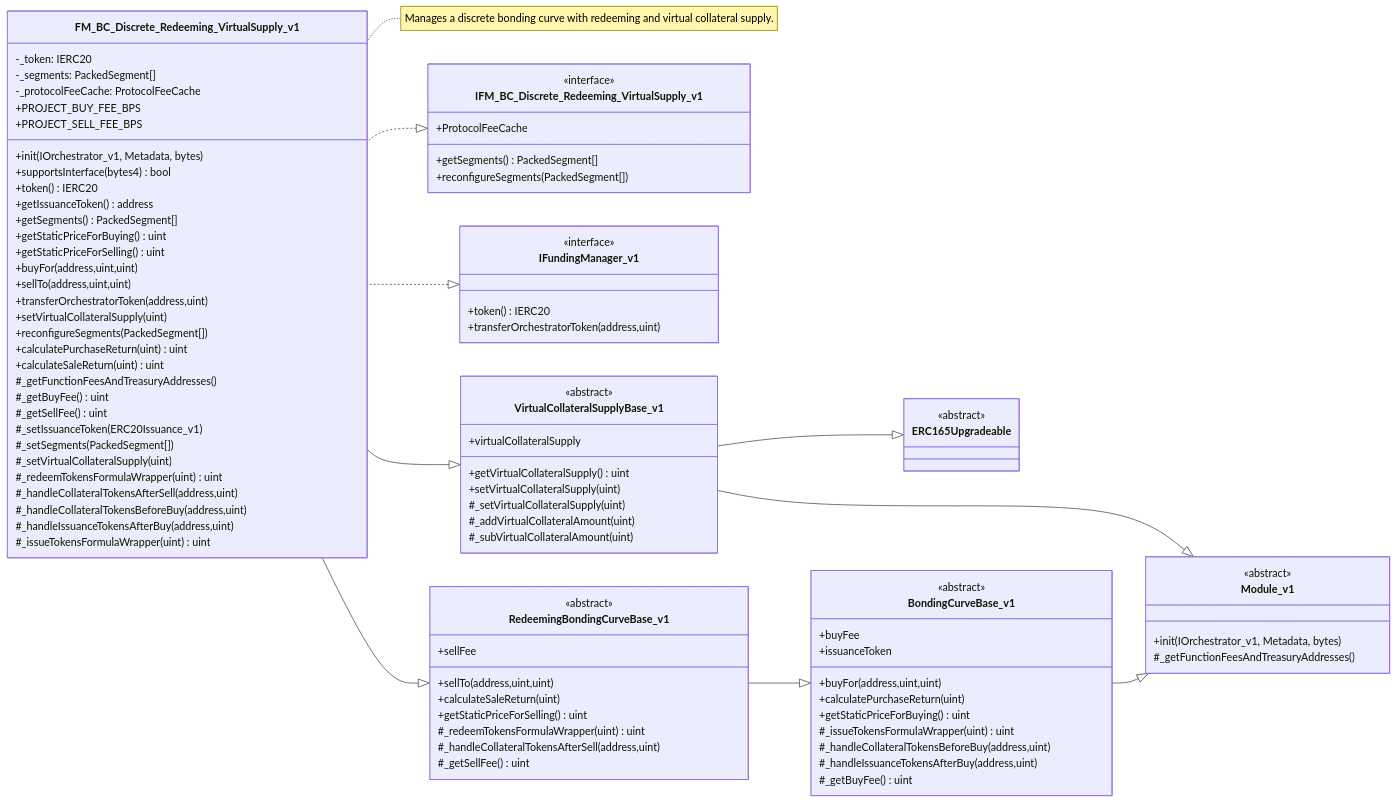
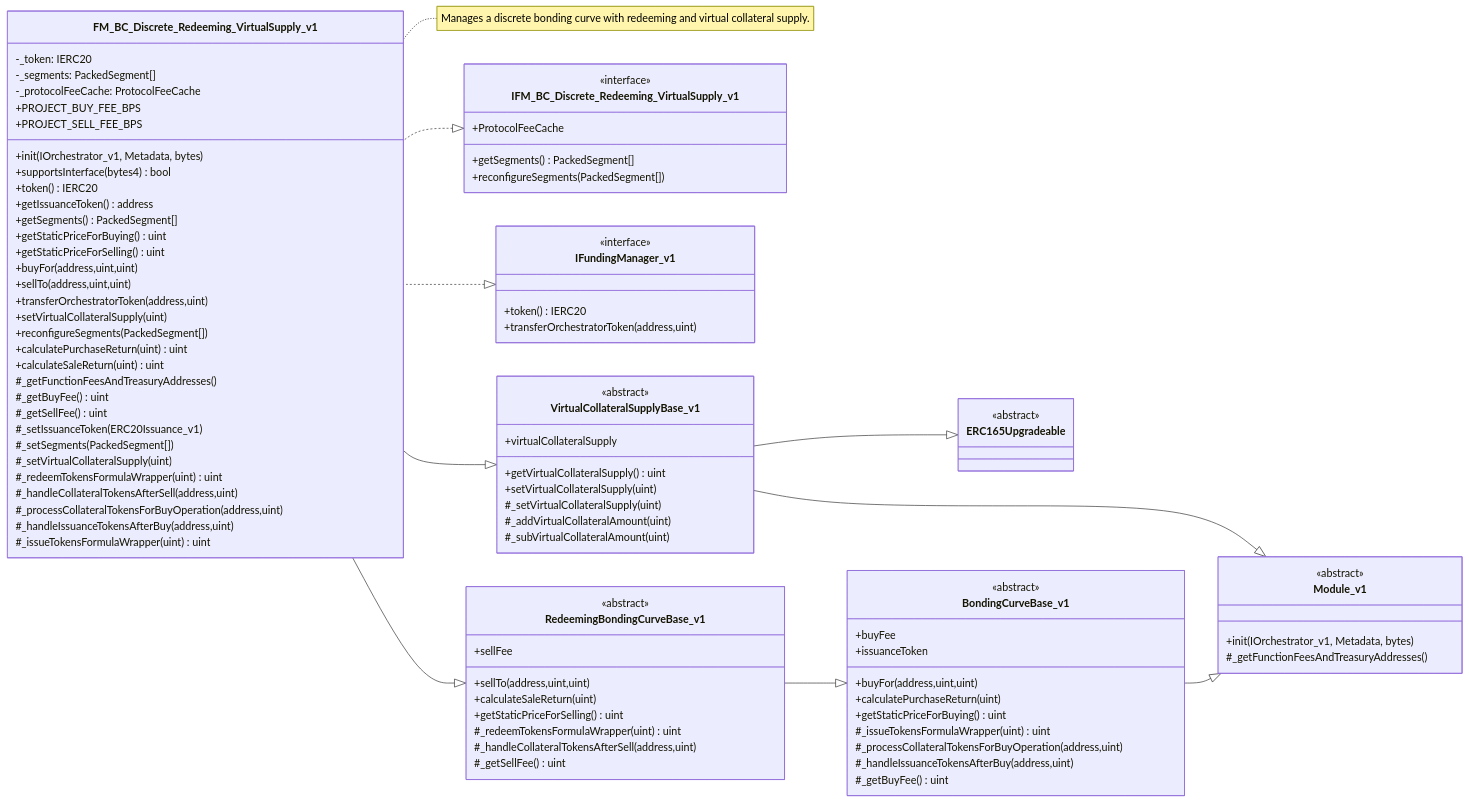
Before and after one commit to InverterNetwork/contracts: the first of 4 diagrams in docs/modules/fundingManager/bondingCurve/FM_BC_Discrete_Redeeming_VirtualSupply.md, drawn with Mermaid. The commit also changed other lines of this file and 5 other files, not shown here.

```diff
--- a/docs/modules/fundingManager/bondingCurve/FM_BC_Discrete_Redeeming_VirtualSupply.md
+++ b/docs/modules/fundingManager/bondingCurve/FM_BC_Discrete_Redeeming_VirtualSupply.md
@@ -55,7 +55,7 @@
         +calculatePurchaseReturn(uint)
         +getStaticPriceForBuying() uint
         #_issueTokensFormulaWrapper(uint) uint
-        #_handleCollateralTokensBeforeBuy(address,uint)
+        #_processCollateralTokensForBuyOperation(address,uint)
         #_handleIssuanceTokensAfterBuy(address,uint)
         #_getBuyFee() uint
     }
@@ -117,7 +117,7 @@
         #_setVirtualCollateralSupply(uint)
         #_redeemTokensFormulaWrapper(uint) uint
         #_handleCollateralTokensAfterSell(address,uint)
-        #_handleCollateralTokensBeforeBuy(address,uint)
+        #_processCollateralTokensForBuyOperation(address,uint)
         #_handleIssuanceTokensAfterBuy(address,uint)
         #_issueTokensFormulaWrapper(uint) uint
     }
```
